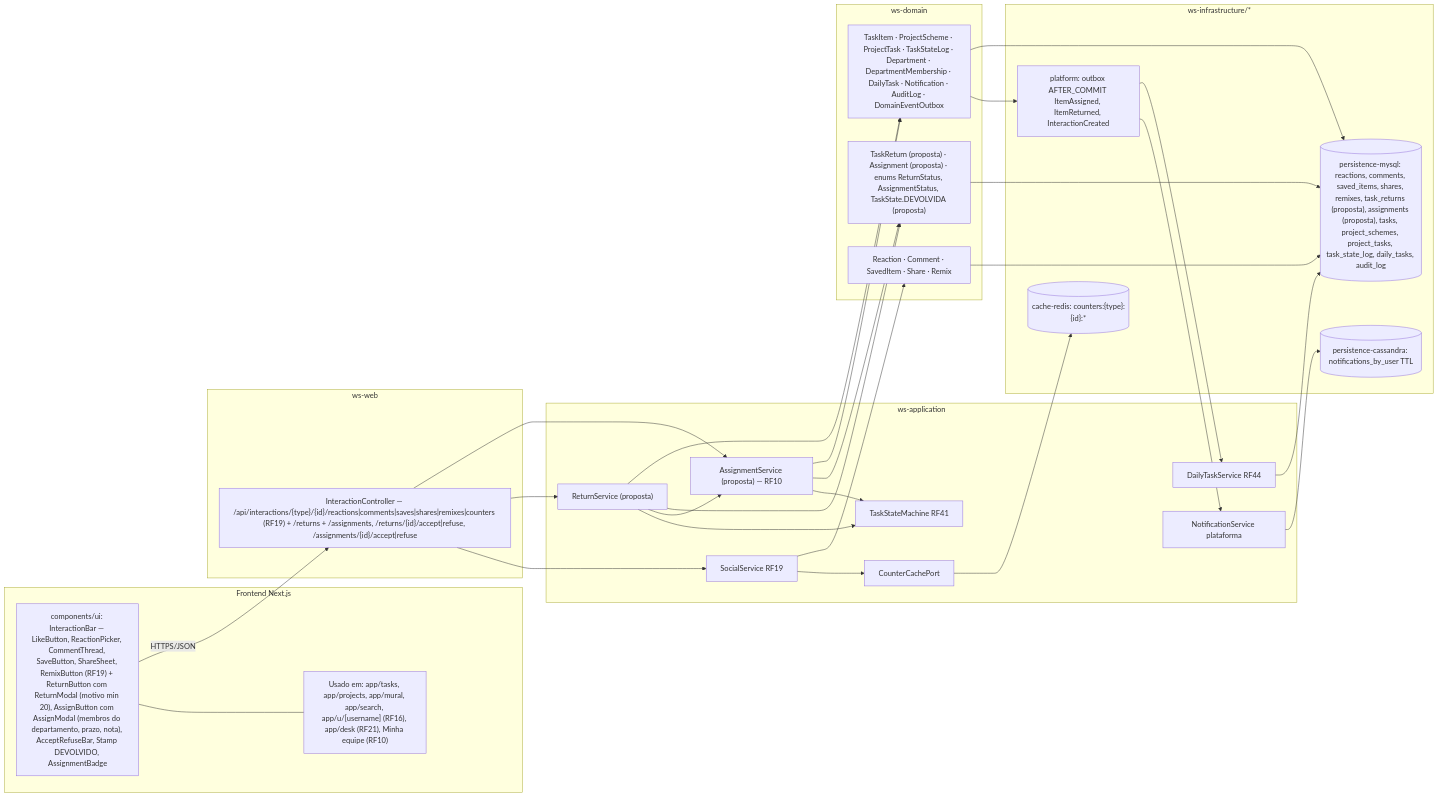
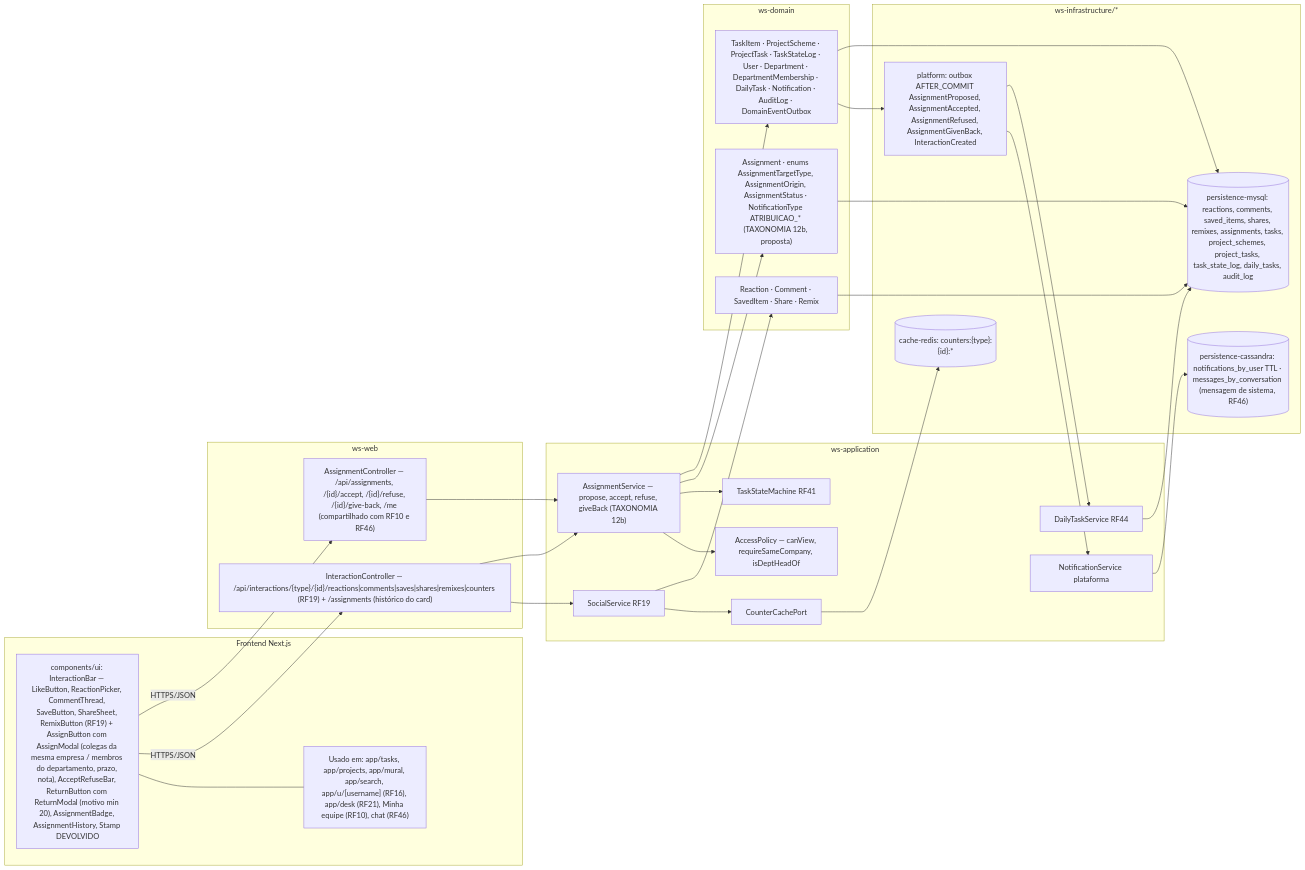
Before and after one commit to MatheusHaliski/Decia-app-2026: the fifth of 5 diagrams in docs/diagramas/RF18/README.md, drawn with Mermaid. The commit also changed other lines of this file and 3 other files, not shown here.

First line of the commit message:
docs(diagramas): RF18/RF19 alinhados à entidade Assignment; RF13 ajustado

````diff
--- a/docs/diagramas/RF18/README.md
+++ b/docs/diagramas/RF18/README.md
@@ -575,58 +574,57 @@
 ```mermaid
 flowchart LR
   subgraph FE["Frontend Next.js"]
-    F1["components/ui: InteractionBar — LikeButton, ReactionPicker, CommentThread, SaveButton, ShareSheet, RemixButton (RF19) + ReturnButton com ReturnModal (motivo min 20), AssignButton com AssignModal (membros do departamento, prazo, nota), AcceptRefuseBar, Stamp DEVOLVIDO, AssignmentBadge"]
-    F2["Usado em: app/tasks, app/projects, app/mural, app/search, app/u/[username] (RF16), app/desk (RF21), Minha equipe (RF10)"]
+    F1["components/ui: InteractionBar — LikeButton, ReactionPicker, CommentThread, SaveButton, ShareSheet, RemixButton (RF19) + AssignButton com AssignModal (colegas da mesma empresa / membros do departamento, prazo, nota), AcceptRefuseBar, ReturnButton com ReturnModal (motivo min 20), AssignmentBadge, AssignmentHistory, Stamp DEVOLVIDO"]
+    F2["Usado em: app/tasks, app/projects, app/mural, app/search, app/u/[username] (RF16), app/desk (RF21), Minha equipe (RF10), chat (RF46)"]
   end
 
   subgraph WEB["ws-web"]
-    C1["InteractionController — /api/interactions/{type}/{id}/reactions|comments|saves|shares|remixes|counters (RF19) + /returns + /assignments, /returns/{id}/accept|refuse, /assignments/{id}/accept|refuse"]
+    C1["InteractionController — /api/interactions/{type}/{id}/reactions|comments|saves|shares|remixes|counters (RF19) + /assignments (histórico do card)"]
+    C2["AssignmentController — /api/assignments, /{id}/accept, /{id}/refuse, /{id}/give-back, /me (compartilhado com RF10 e RF46)"]
   end
 
   subgraph APP["ws-application"]
     S1["SocialService RF19"]
-    S2["ReturnService (proposta)"]
-    S3["AssignmentService (proposta) — RF10"]
+    S2["AssignmentService — propose, accept, refuse, giveBack (TAXONOMIA 12b)"]
+    S3["AccessPolicy — canView, requireSameCompany, isDeptHeadOf"]
     S4["TaskStateMachine RF41"]
     S5["NotificationService plataforma"]
     S6["DailyTaskService RF44"]
     P1["CounterCachePort"]
   end
 
   subgraph DOM["ws-domain"]
     D1["Reaction · Comment · SavedItem · Share · Remix"]
-    D2["TaskReturn (proposta) · Assignment (proposta) · enums ReturnStatus, AssignmentStatus, TaskState.DEVOLVIDA (proposta)"]
-    D3["TaskItem · ProjectScheme · ProjectTask · TaskStateLog · Department · DepartmentMembership · DailyTask · Notification · AuditLog · DomainEventOutbox"]
+    D2["Assignment · enums AssignmentTargetType, AssignmentOrigin, AssignmentStatus · NotificationType ATRIBUICAO_* (TAXONOMIA 12b, proposta)"]
+    D3["TaskItem · ProjectScheme · ProjectTask · TaskStateLog · User · Department · DepartmentMembership · DailyTask · Notification · AuditLog · DomainEventOutbox"]
   end
 
   subgraph INFRA["ws-infrastructure/*"]
-    I1[("persistence-mysql: reactions, comments, saved_items, shares, remixes, task_returns (proposta), assignments (proposta), tasks, project_schemes, project_tasks, task_state_log, daily_tasks, audit_log")]
+    I1[("persistence-mysql: reactions, comments, saved_items, shares, remixes, assignments, tasks, project_schemes, project_tasks, task_state_log, daily_tasks, audit_log")]
     I2[("cache-redis: counters:{type}:{id}:*")]
-    I3[("persistence-cassandra: notifications_by_user TTL")]
-    I4["platform: outbox AFTER_COMMIT ItemAssigned, ItemReturned, InteractionCreated"]
+    I3[("persistence-cassandra: notifications_by_user TTL · messages_by_conversation (mensagem de sistema, RF46)")]
+    I4["platform: outbox AFTER_COMMIT AssignmentProposed, AssignmentAccepted, AssignmentRefused, AssignmentGivenBack, InteractionCreated"]
   end
 
   F1 --- F2
   F1 -->|"HTTPS/JSON"| C1
+  F1 -->|"HTTPS/JSON"| C2
   C1 --> S1
   C1 --> S2
-  C1 --> S3
+  C2 --> S2
   S1 --> P1
   S1 --> D1
+  S2 --> S3
   S2 --> S4
-  S2 --> S3
   S2 --> D2
   S2 --> D3
-  S3 --> S4
-  S3 --> D2
-  S3 --> D3
   D3 --> I4
   I4 --> S5
   I4 --> S6
   S5 --> I3
   S6 --> I1
   D1 --> I1
   D2 --> I1
   D3 --> I1
   P1 --> I2
 ```
````
